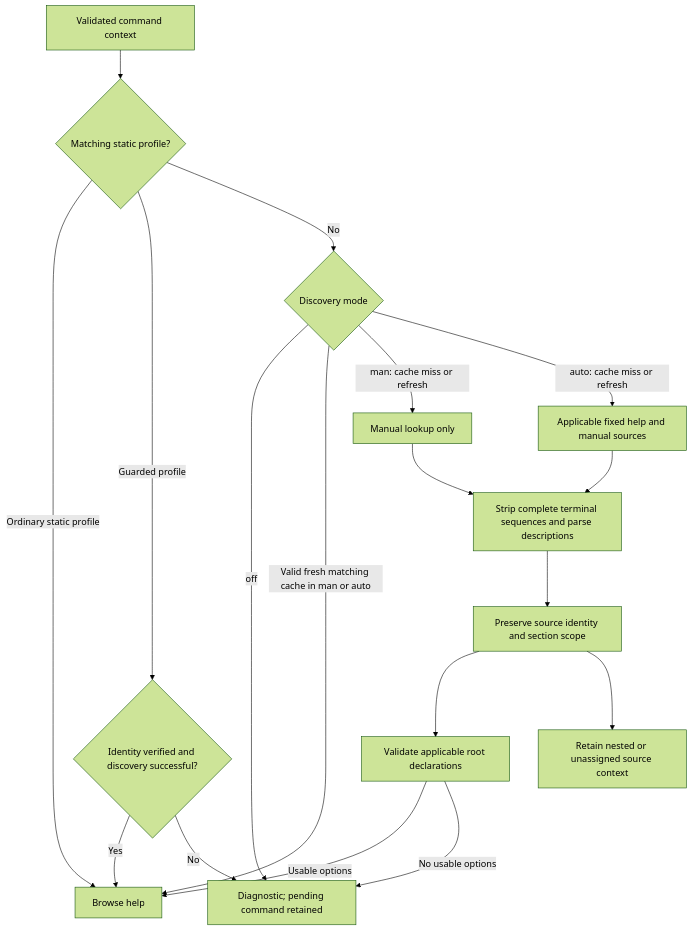
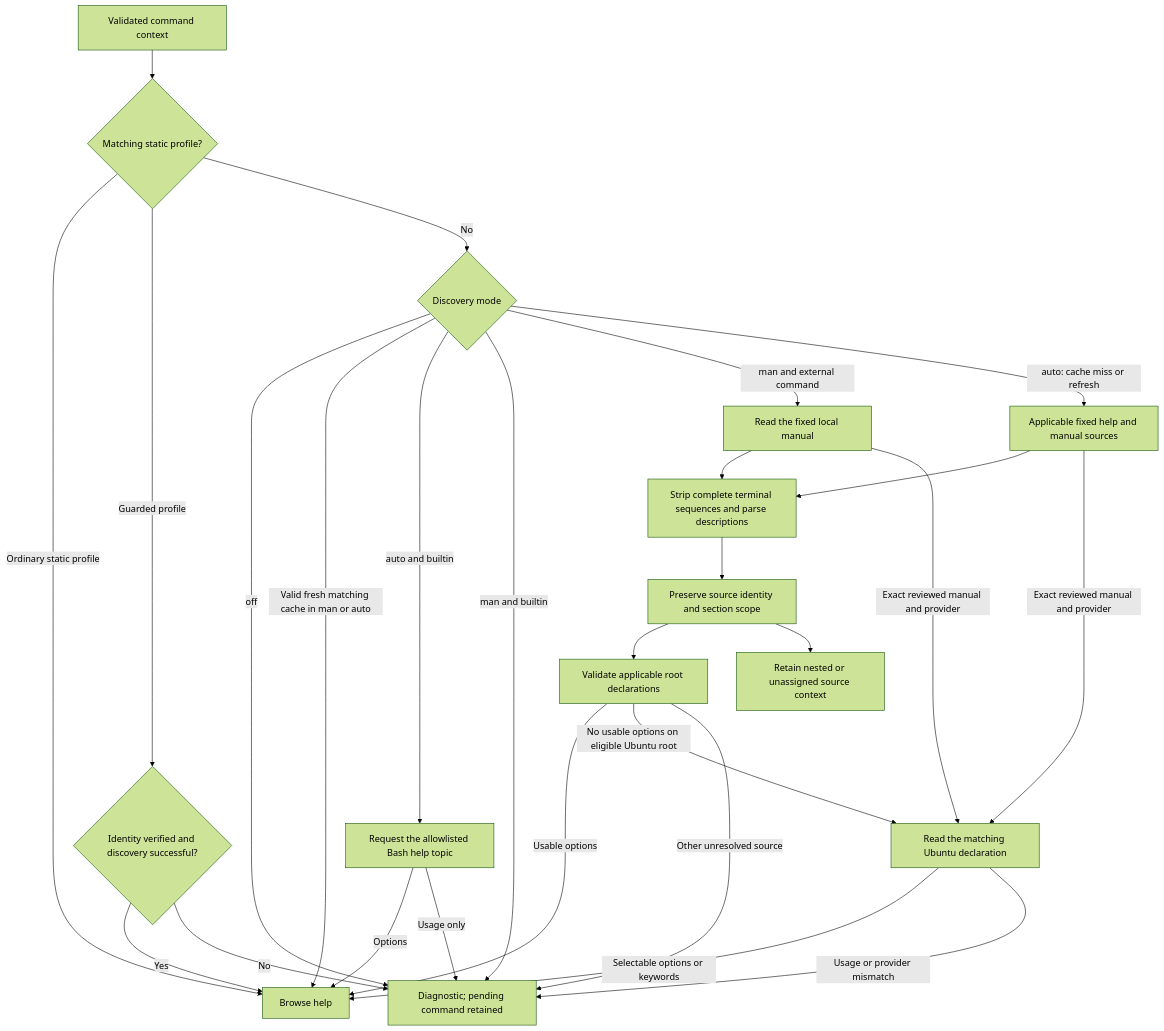
The diagram in docs/discovery-and-safety.md (Usrnmna/CLI-InteractiveHelpMenu), drawn with Mermaid (forest theme) before and after one commit. The commit also changed other lines of this file and 41 other files, not shown here.

Commit message:
Add Ubuntu command coverage and prepare v0.5.0-alpha

````diff
--- a/docs/discovery-and-safety.md
+++ b/docs/discovery-and-safety.md
@@ -9,20 +9,29 @@
 ```mermaid
 flowchart TD
     C[Validated command context] --> P{Matching static profile?}
     P -->|Ordinary static profile| B[Browse help]
     P -->|Guarded profile| G{Identity verified and discovery successful?}
     G -->|Yes| B
     G -->|No| E
     P -->|No| M{Discovery mode}
     M -->|off| E[Diagnostic; pending command retained]
     M -->|Valid fresh matching cache in man or auto| B
-    M -->|man: cache miss or refresh| A[Manual lookup only]
+    M -->|auto and builtin| U[Request the allowlisted Bash help topic]
+    U -->|Options| B
+    U -->|Usage only| E
+    M -->|man and builtin| E
+    M -->|man and external command| A[Read the fixed local manual]
     M -->|auto: cache miss or refresh| H[Applicable fixed help and manual sources]
     A --> T[Strip complete terminal sequences and parse descriptions]
     H --> T
     T --> S[Preserve source identity and section scope]
     S --> V[Validate applicable root declarations]
     S --> N[Retain nested or unassigned source context]
     V -->|Usable options| B
-    V -->|No usable options| E
+    A -->|Exact reviewed manual and provider| R[Read the matching Ubuntu declaration]
+    H -->|Exact reviewed manual and provider| R
+    V -->|No usable options on eligible Ubuntu root| R
+    R -->|Selectable options or keywords| B
+    R -->|Usage or provider mismatch| E
+    V -->|Other unresolved source| E
 ```
````
